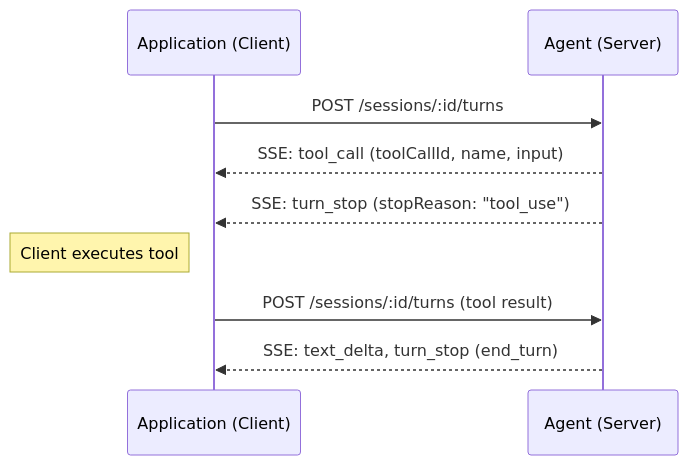
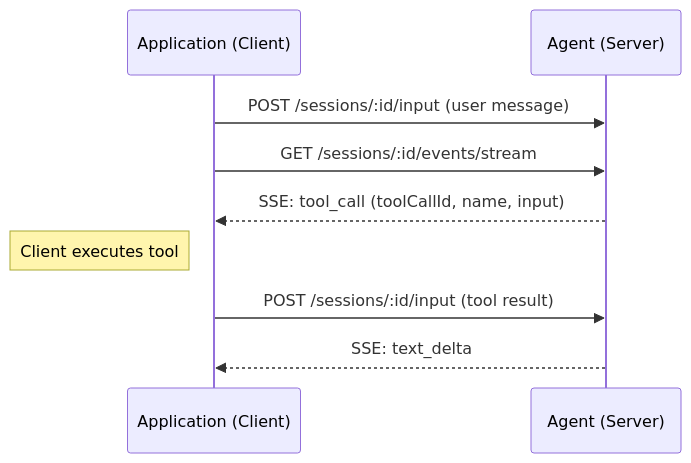
One commit to agentapplicationprotocol/agent-application-protocol changed the first of 4 diagrams in docs/tool-call.md. Above: the diagram before and after it, drawn with Mermaid. The commit also changed other lines of this file and 27 other files, not shown here.

````diff
--- a/docs/tool-call.md
+++ b/docs/tool-call.md
@@ -29,12 +29,12 @@
 ```mermaid
 sequenceDiagram
     participant App as Application (Client)
     participant Agent as Agent (Server)
 
-    App->>Agent: POST /sessions/:id/turns
+    App->>Agent: POST /sessions/:id/input (user message)
+    App->>Agent: GET /sessions/:id/events/stream
     Agent-->>App: SSE: tool_call (toolCallId, name, input)
-    Agent-->>App: SSE: turn_stop (stopReason: "tool_use")
     Note left of App: Client executes tool
-    App->>Agent: POST /sessions/:id/turns (tool result)
-    Agent-->>App: SSE: text_delta, turn_stop (end_turn)
+    App->>Agent: POST /sessions/:id/input (tool result)
+    Agent-->>App: SSE: text_delta
 ```
````
